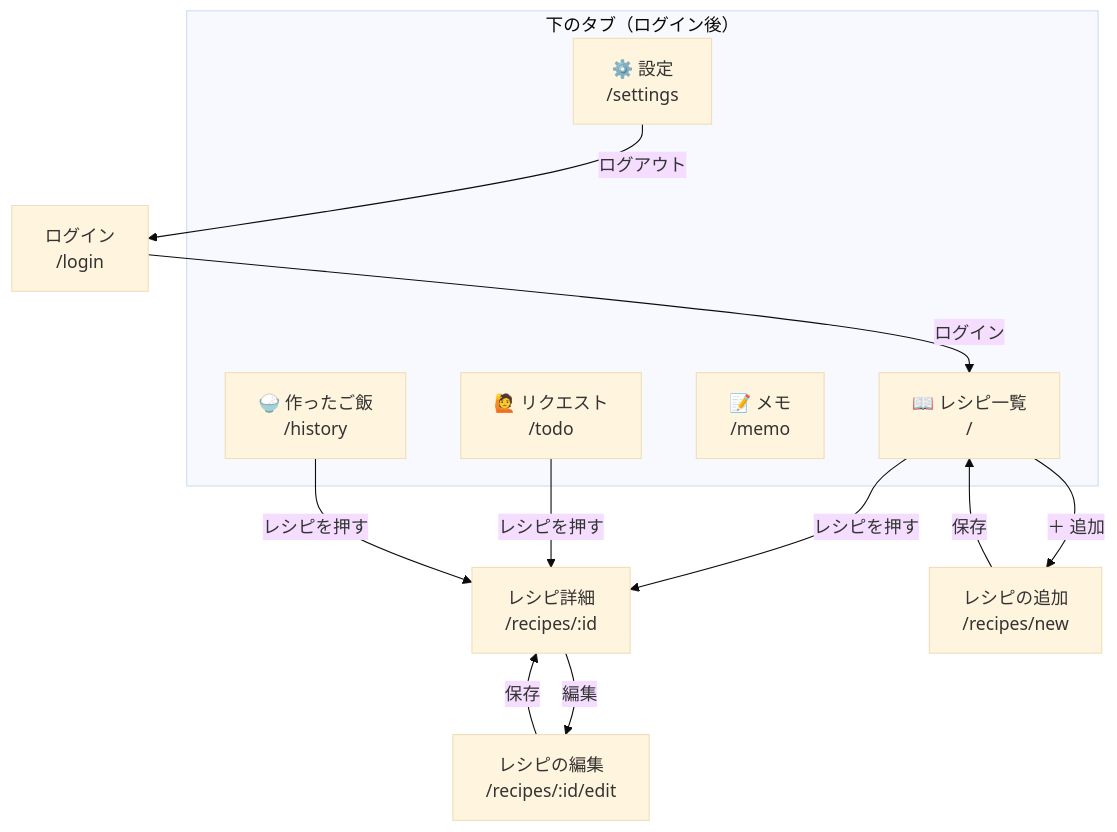
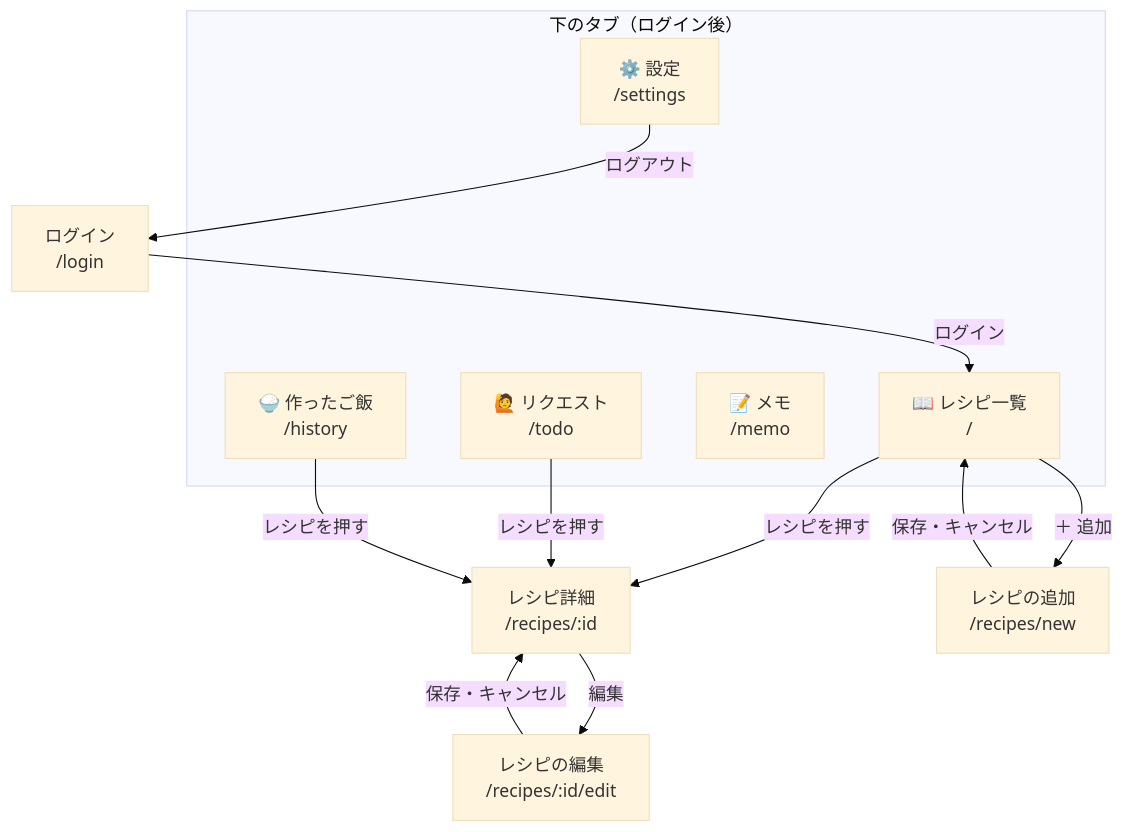
One commit to tomoyakawana/RECIPE changed the diagram in docs/DESIGN.md. Above: the diagram before and after it, drawn with Mermaid (base theme). The commit also changed other lines of this file and 3 other files, not shown here.

````diff
--- a/docs/DESIGN.md
+++ b/docs/DESIGN.md
@@ -31,26 +31,26 @@
 ```mermaid
 flowchart TD
   Login["ログイン<br/>/login"]
 
   subgraph Tabs["下のタブ（ログイン後）"]
     List["📖 レシピ一覧<br/>/"]
     Todo["🙋 リクエスト<br/>/todo"]
     Memo["📝 メモ<br/>/memo"]
     History["🍚 作ったご飯<br/>/history"]
     Settings["⚙️ 設定<br/>/settings"]
   end
 
   Detail["レシピ詳細<br/>/recipes/:id"]
   New["レシピの追加<br/>/recipes/new"]
   Edit["レシピの編集<br/>/recipes/:id/edit"]
 
   Login -->|ログイン| List
   List -->|レシピを押す| Detail
   List -->|＋ 追加| New
-  New -->|保存| List
+  New -->|保存・キャンセル| List
   Detail -->|編集| Edit
-  Edit -->|保存| Detail
+  Edit -->|保存・キャンセル| Detail
   Todo -->|レシピを押す| Detail
   History -->|レシピを押す| Detail
   Settings -->|ログアウト| Login
 ```
````
